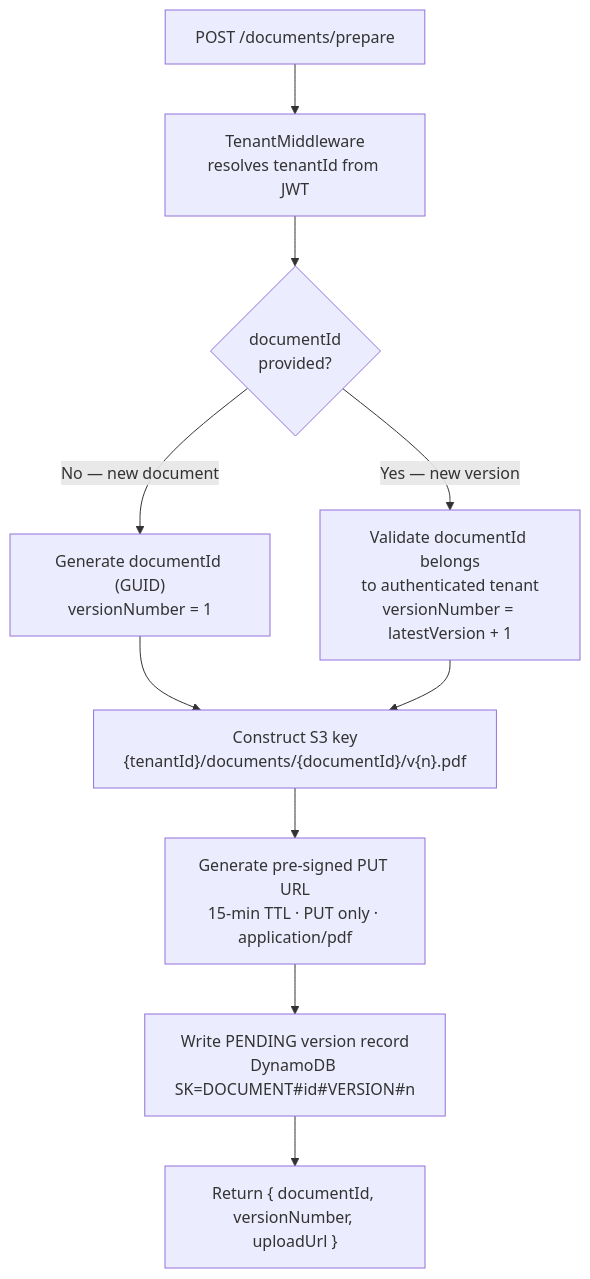
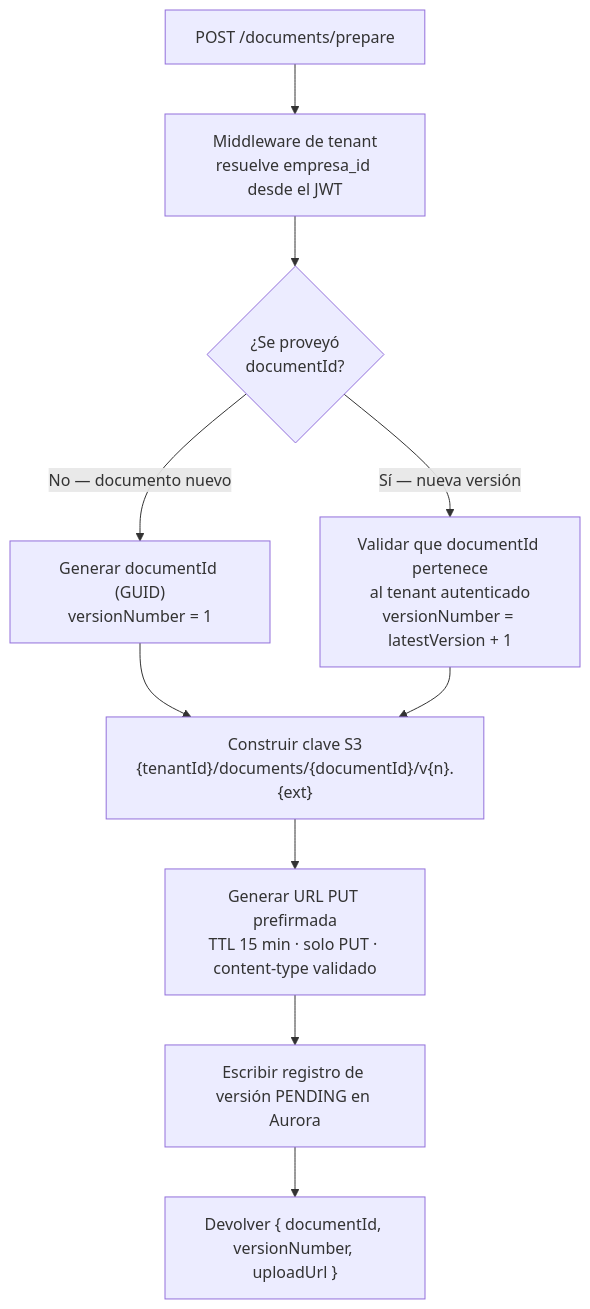
One commit to cincuentaydos/DocLens.Docs changed the second of 6 diagrams in docs/data-flow.md. Above: the diagram before and after it, drawn with Mermaid. The commit also changed other lines of this file and 25 other files, not shown here.

````diff
--- a/docs/data-flow.md
+++ b/docs/data-flow.md
@@ -72,12 +67,12 @@
 ```mermaid
 flowchart TD
-    A["POST /documents/prepare"] --> B["TenantMiddleware\nresolves tenantId from JWT"]
-    B --> C{documentId\nprovided?}
-    C -->|No — new document| D["Generate documentId (GUID)\nversionNumber = 1"]
-    C -->|Yes — new version| E["Validate documentId belongs\nto authenticated tenant\nversionNumber = latestVersion + 1"]
-    D --> F["Construct S3 key\n{tenantId}/documents/{documentId}/v{n}.pdf"]
+    A["POST /documents/prepare"] --> B["Middleware de tenant\nresuelve empresa_id desde el JWT"]
+    B --> C{"¿Se proveyó\ndocumentId?"}
+    C -->|No — documento nuevo| D["Generar documentId (GUID)\nversionNumber = 1"]
+    C -->|Sí — nueva versión| E["Validar que documentId pertenece\nal tenant autenticado\nversionNumber = latestVersion + 1"]
+    D --> F["Construir clave S3\n{tenantId}/documents/{documentId}/v{n}.{ext}"]
     E --> F
-    F --> G["Generate pre-signed PUT URL\n15-min TTL · PUT only · application/pdf"]
-    G --> H["Write PENDING version record\nDynamoDB SK=DOCUMENT#id#VERSION#n"]
-    H --> I["Return { documentId, versionNumber, uploadUrl }"]
+    F --> G["Generar URL PUT prefirmada\nTTL 15 min · solo PUT · content-type validado"]
+    G --> H["Escribir registro de versión PENDING en Aurora"]
+    H --> I["Devolver { documentId, versionNumber, uploadUrl }"]
 ```
````
